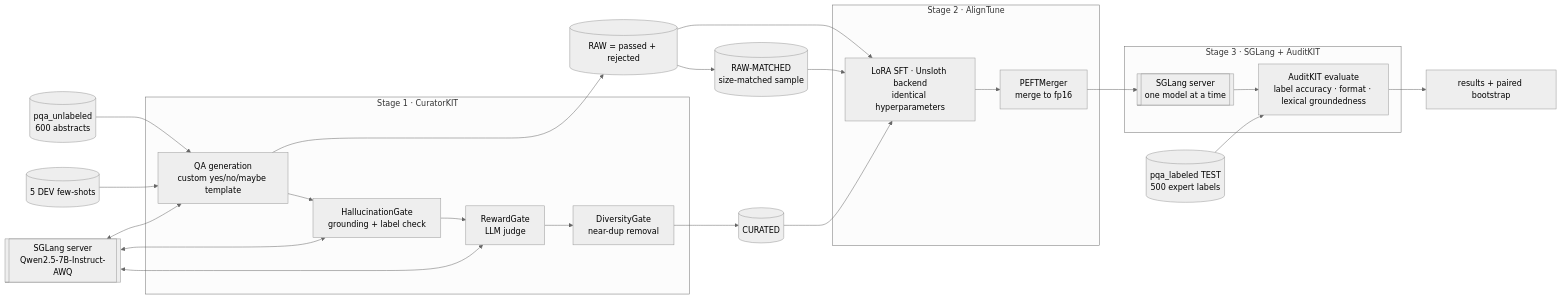
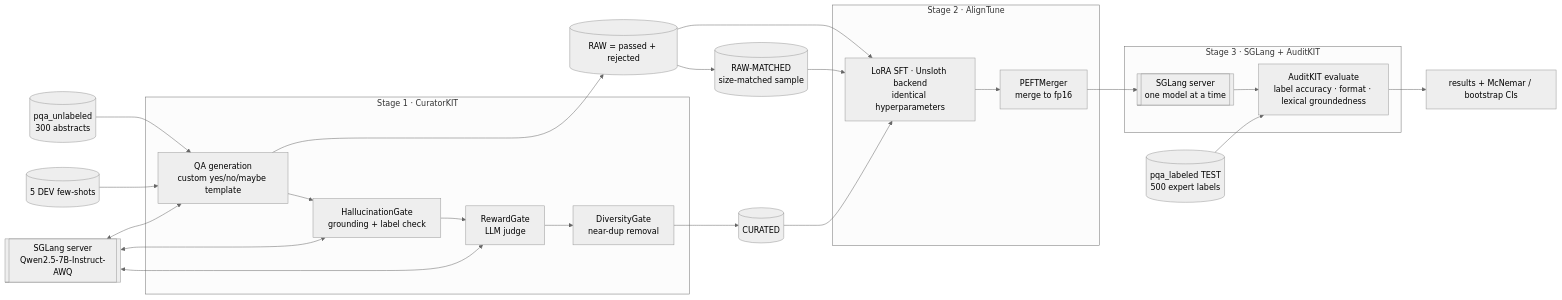
One commit to TirthNandha/medcurate-pubmedqa changed the diagram in README.md. Above: the diagram before and after it, drawn with Mermaid (neutral theme).

Commit message:
README diagram: 300 abstracts, McNemar/bootstrap CIs

````diff
--- a/README.md
+++ b/README.md
@@ -17,24 +17,24 @@
 ```mermaid
 flowchart LR
-    U[(pqa_unlabeled<br/>600 abstracts)] --> CK
+    U[(pqa_unlabeled<br/>300 abstracts)] --> CK
     F[(5 DEV few-shots)] --> CK
     subgraph S1[Stage 1 · CuratorKIT]
       CK[QA generation<br/>custom yes/no/maybe template] --> HG[HallucinationGate<br/>grounding + label check]
       HG --> RG[RewardGate<br/>LLM judge]
       RG --> DG[DiversityGate<br/>near-dup removal]
     end
     G[[SGLang server<br/>Qwen2.5-7B-Instruct-AWQ]] <--> CK & HG & RG
     DG --> CUR[(CURATED)]
     CK --> RAW[(RAW = passed + rejected)]
     RAW --> RM[(RAW-MATCHED<br/>size-matched sample)]
     subgraph S2[Stage 2 · AlignTune]
       T[LoRA SFT · Unsloth backend<br/>identical hyperparameters] --> M[PEFTMerger<br/>merge to fp16]
     end
     RAW & RM & CUR --> T
     subgraph S3[Stage 3 · SGLang + AuditKIT]
       SV[[SGLang server<br/>one model at a time]] --> AK[AuditKIT evaluate<br/>label accuracy · format · lexical groundedness]
     end
     M --> SV
     L[(pqa_labeled TEST<br/>500 expert labels)] --> AK
-    AK --> R[results + paired bootstrap]
+    AK --> R[results + McNemar / bootstrap CIs]
 ```
````
